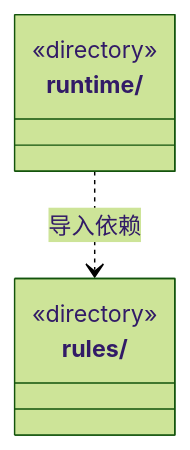
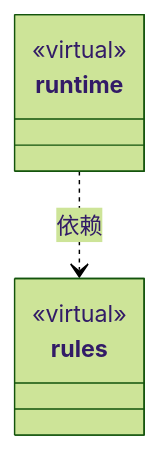
One commit to nan023062/cbim changed the diagram in src/logic/tools/ARCHITECTURE.md. Above: the diagram before and after it, drawn with Mermaid (forest theme). The commit also changed other lines of this file and 158 other files, not shown here.

Commit message:
docs: model architecture through nested virtual encapsulations

````diff
--- a/src/logic/tools/ARCHITECTURE.md
+++ b/src/logic/tools/ARCHITECTURE.md
@@ -35,10 +17,12 @@
 ```mermaid
 classDiagram
-class N_src_logic_tools_rules["rules/"] {
-  <<directory>>
+class N_ec7d8f0ec963["rules"] {
+  <<virtual>>
 }
-class N_src_logic_tools_runtime["runtime/"] {
-  <<directory>>
+click N_ec7d8f0ec963 href "rules/ARCHITECTURE.md"
+class N_7da732f21a44["runtime"] {
+  <<virtual>>
 }
-N_src_logic_tools_runtime ..> N_src_logic_tools_rules : 导入依赖
+click N_7da732f21a44 href "runtime/ARCHITECTURE.md"
+N_7da732f21a44 ..> N_ec7d8f0ec963 : 依赖
 ```
````
